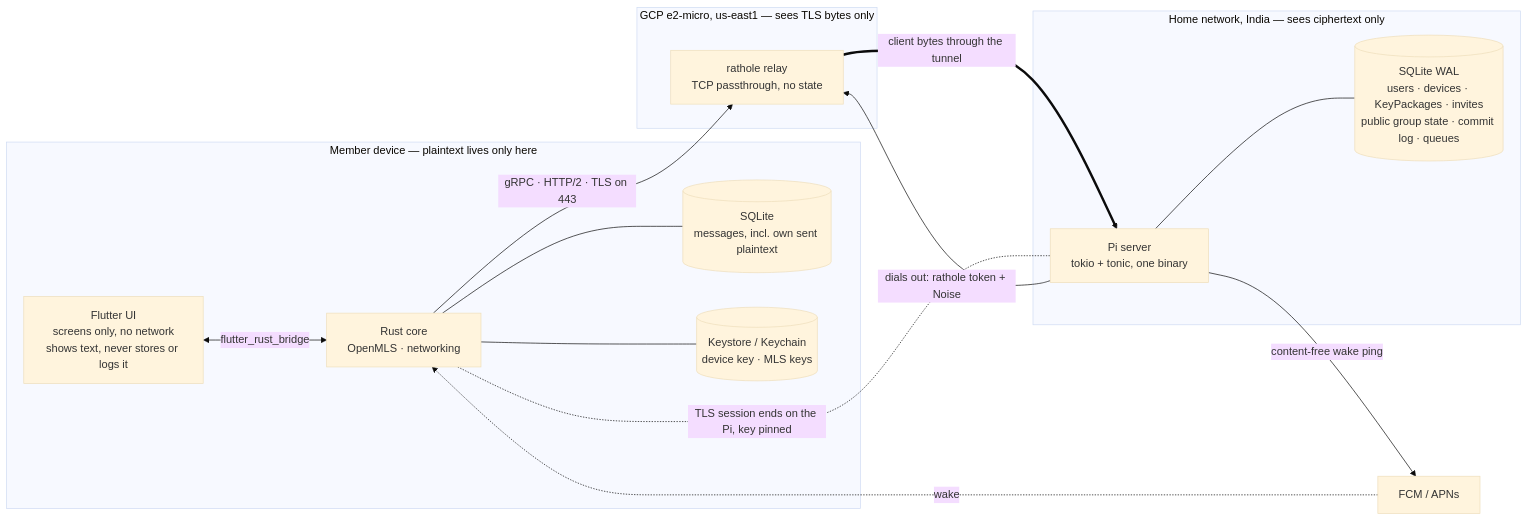
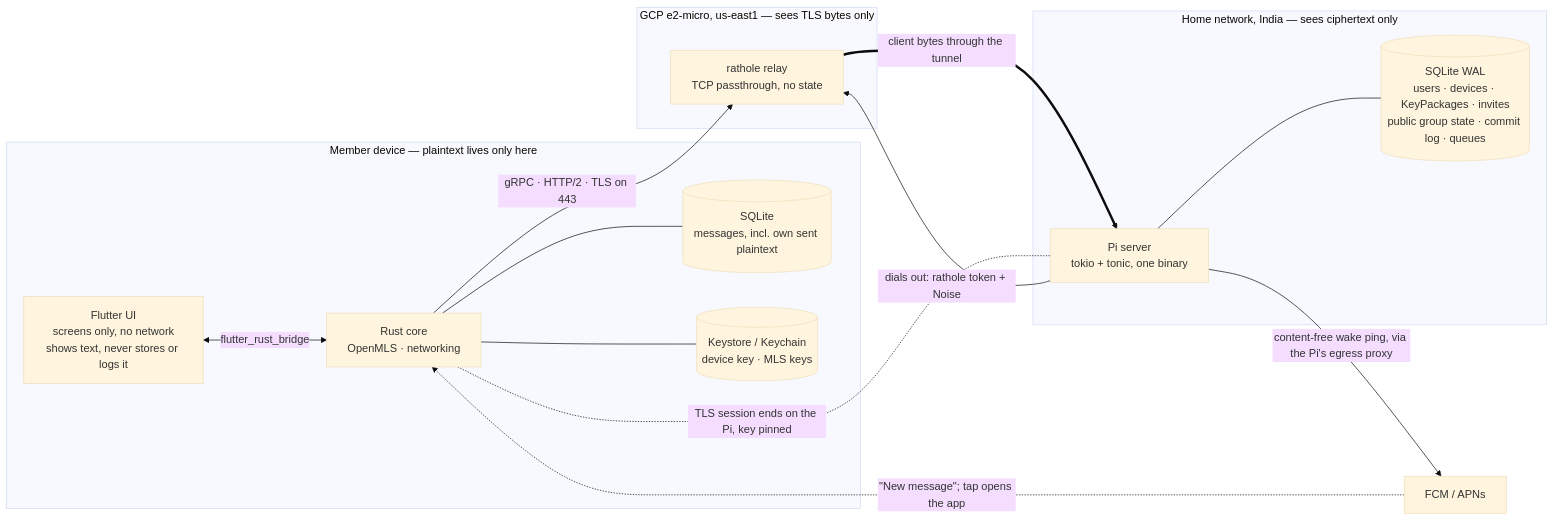
One commit to koppathachan/vyajena changed the first of 4 diagrams in docs/architecture-decisions.md. Above: the diagram before and after it, drawn with Mermaid (base theme). The commit also changed other lines of this file and 63 other files, not shown here.

````diff
--- a/docs/architecture-decisions.md
+++ b/docs/architecture-decisions.md
@@ -37,31 +37,31 @@
 ```mermaid
 flowchart LR
   subgraph device["Member device — plaintext lives only here"]
     ui["Flutter UI<br/>screens only, no network<br/>shows text, never stores or logs it"]
     core["Rust core<br/>OpenMLS · networking"]
     db[("SQLite<br/>messages, incl. own sent plaintext")]
     ks[("Keystore / Keychain<br/>device key · MLS keys")]
     ui <-->|"flutter_rust_bridge"| core
     core --- db
     core --- ks
   end
 
   subgraph gcp["GCP e2-micro, us-east1 — sees TLS bytes only"]
     relay["rathole relay<br/>TCP passthrough, no state"]
   end
 
   subgraph home["Home network, India — sees ciphertext only"]
     pi["Pi server<br/>tokio + tonic, one binary"]
     pidb[("SQLite WAL<br/>users · devices · KeyPackages · invites<br/>public group state · commit log · queues")]
     pi --- pidb
   end
 
   push["FCM / APNs"]
 
   core -->|"gRPC · HTTP/2 · TLS on 443"| relay
   pi -->|"dials out: rathole token + Noise"| relay
   relay ==>|"client bytes through the tunnel"| pi
   core -. "TLS session ends on the Pi, key pinned" .- pi
-  pi -->|"content-free wake ping"| push
-  push -.->|"wake"| core
+  pi -->|"content-free wake ping, via the Pi's egress proxy"| push
+  push -.->|"&quot;New message&quot;; tap opens the app"| core
 ```
````
